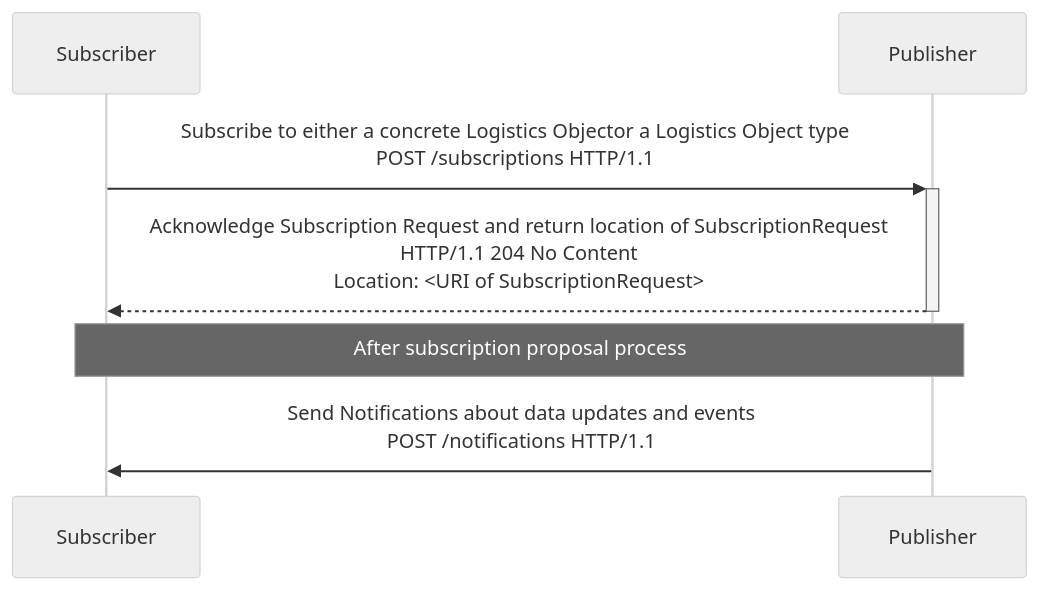
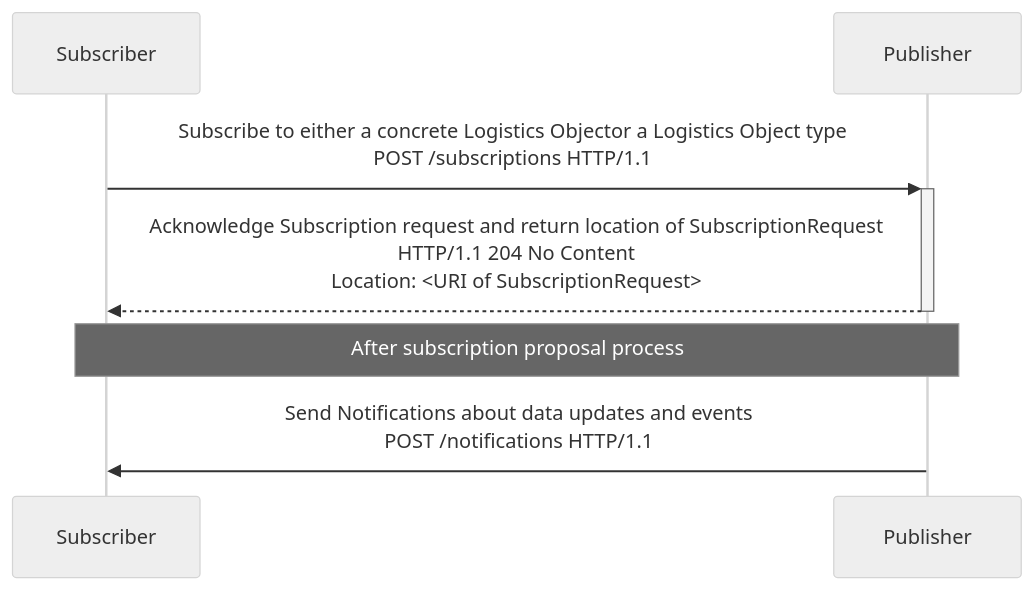
The third of 3 diagrams in working_draft/API/docs/subscriptions.md (IATA-Cargo/ONE-Record), drawn with Mermaid (neutral theme) before and after one commit. The commit also changed other lines of this file and 42 other files, not shown here.

````diff
--- a/working_draft/API/docs/subscriptions.md
+++ b/working_draft/API/docs/subscriptions.md
@@ -212,12 +280,12 @@
 ```mermaid
   sequenceDiagram
 
   participant SUB as Subscriber
   participant PUB as Publisher
 
   SUB->>+PUB: Subscribe to either a concrete Logistics Objector a Logistics Object type <br> POST /subscriptions HTTP/1.1
-  PUB-->>-SUB: Acknowledge Subscription Request and return location of SubscriptionRequest<br>HTTP/1.1 204 No Content <br> Location: <URI of SubscriptionRequest>
+  PUB-->>-SUB: Acknowledge Subscription request and return location of SubscriptionRequest<br>HTTP/1.1 204 No Content <br> Location: <URI of SubscriptionRequest>
   
   note over PUB, SUB: After subscription proposal process
   PUB->>SUB: Send Notifications about data updates and events<br> POST /notifications HTTP/1.1
 ```
````
